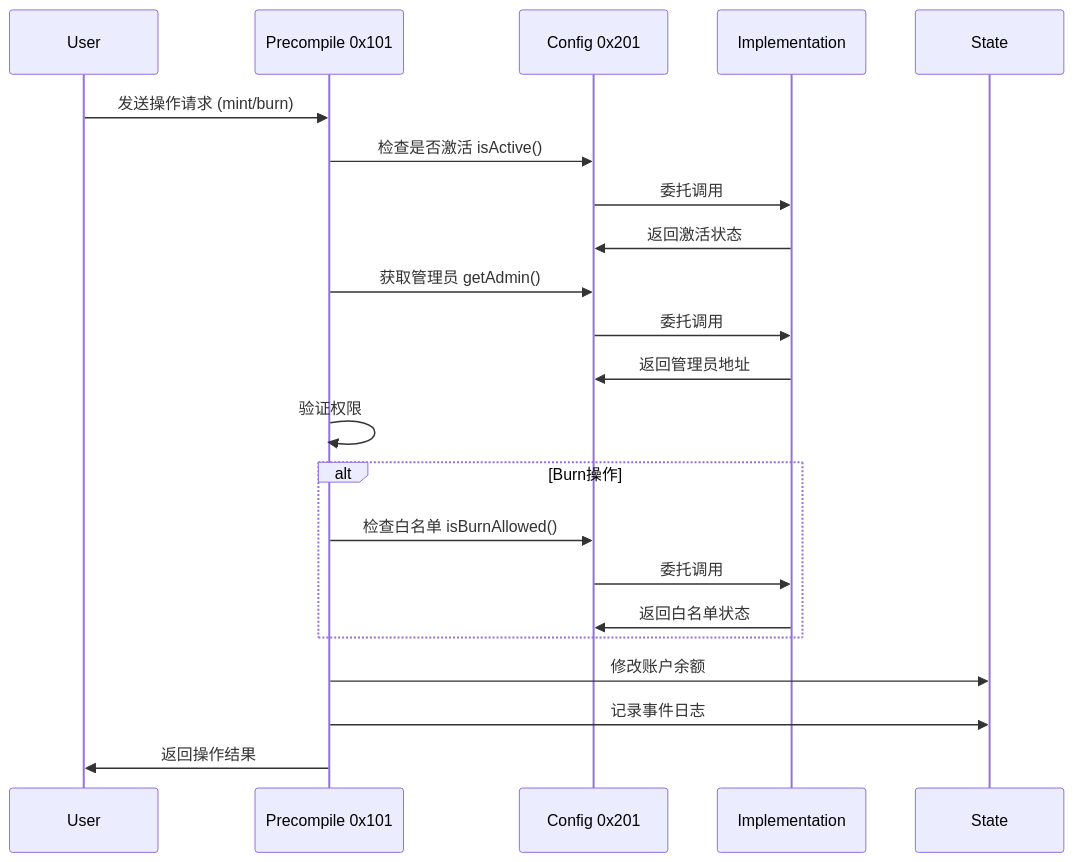
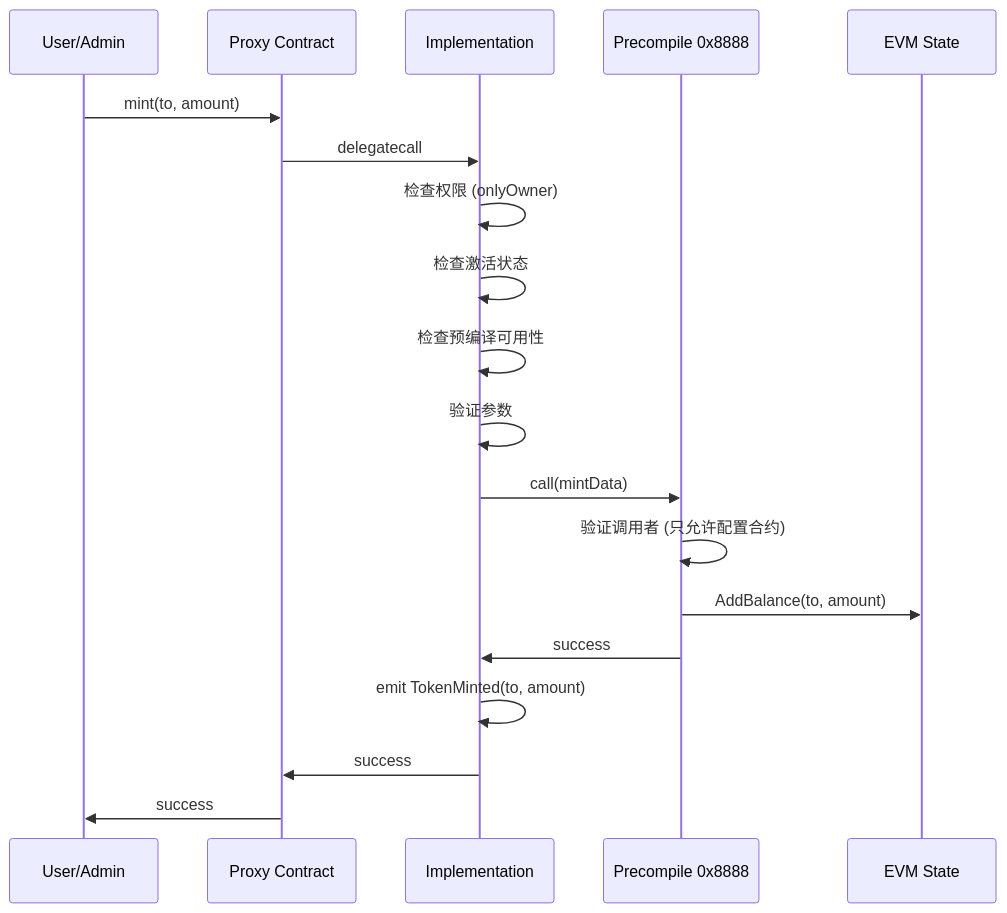
One commit to sieniven/xlayer-erigon changed the second of 2 diagrams in docs/TokenManager_Complete_Design.md. Above: the diagram before and after it, drawn with Mermaid. The commit also changed other lines of this file and 11 other files, not shown here.

Commit message:
use solidity contract to manager gas token mint/burn process

````diff
--- a/docs/TokenManager_Complete_Design.md
+++ b/docs/TokenManager_Complete_Design.md
@@ -95,25 +93,22 @@
 ```mermaid
 sequenceDiagram
-    participant U as User
-    participant P as Precompile 0x101
-    participant C as Config 0x201
+    participant U as User/Admin
+    participant P as Proxy Contract
     participant I as Implementation
-    participant S as State
-
-    U->>P: 发送操作请求 (mint/burn)
-    P->>C: 检查是否激活 isActive()
-    C->>I: 委托调用
-    I->>C: 返回激活状态
-    P->>C: 获取管理员 getAdmin()
-    C->>I: 委托调用
-    I->>C: 返回管理员地址
-    P->>P: 验证权限
-    alt Burn操作
-        P->>C: 检查白名单 isBurnAllowed()
-        C->>I: 委托调用
-        I->>C: 返回白名单状态
-    end
-    P->>S: 修改账户余额
-    P->>S: 记录事件日志
-    P->>U: 返回操作结果
+    participant PC as Precompile 0x8888
+    participant EVM as EVM State
+    
+    U->>P: mint(to, amount)
+    P->>I: delegatecall
+    I->>I: 检查权限 (onlyOwner)
+    I->>I: 检查激活状态
+    I->>I: 检查预编译可用性
+    I->>I: 验证参数
+    I->>PC: call(mintData)
+    PC->>PC: 验证调用者 (只允许配置合约)
+    PC->>EVM: AddBalance(to, amount)
+    PC->>I: success
+    I->>I: emit TokenMinted(to, amount)
+    I->>P: success
+    P->>U: success
 ```
````
